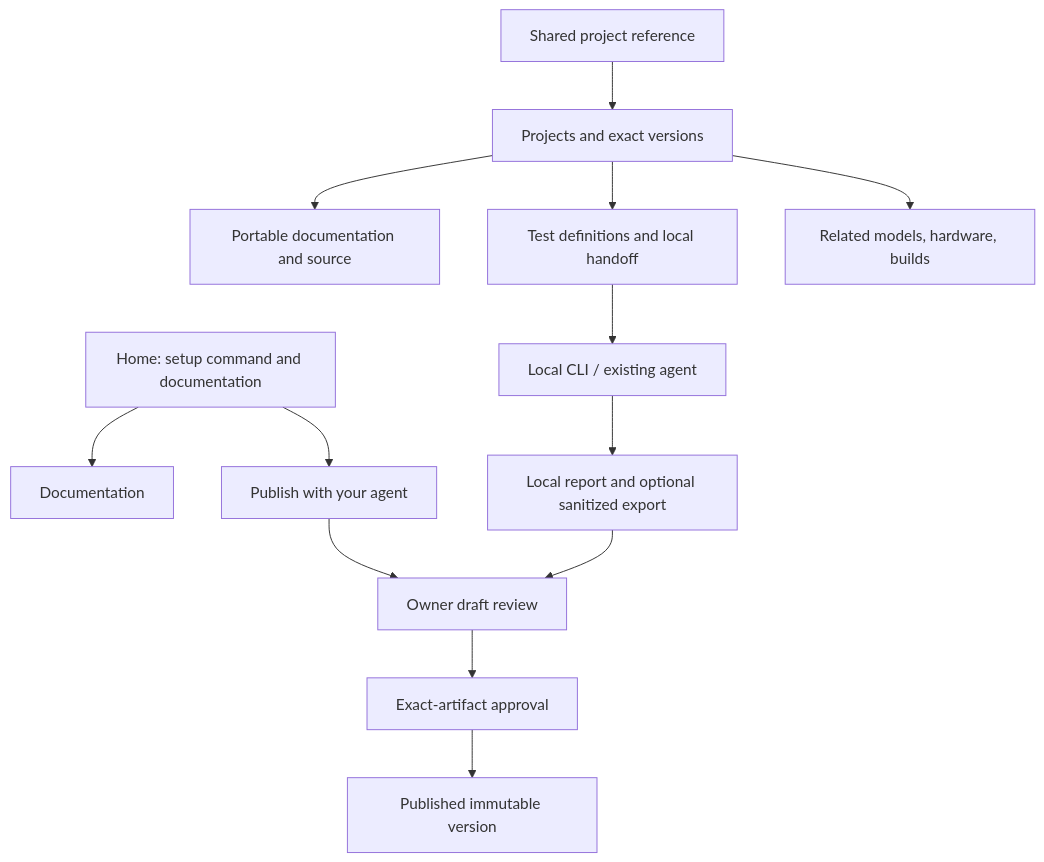
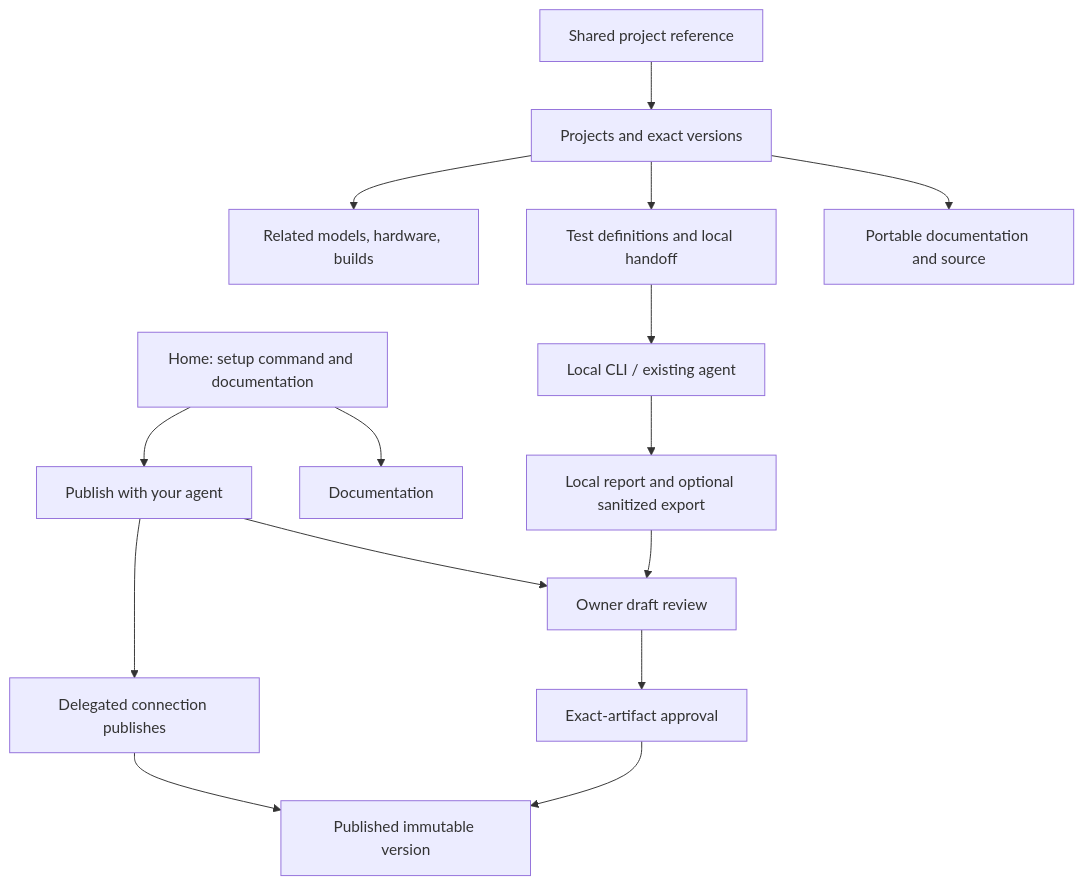
The diagram in docs/product/FRONTEND_PRD.md (localfirstdotsh/localfirst), drawn with Mermaid before and after one commit. The commit also changed other lines of this file and 1 other file, not shown here.

First line of the commit message:
docs(product): specify per-connection publication delegation and retire the terminal approval device

````diff
--- a/docs/product/FRONTEND_PRD.md
+++ b/docs/product/FRONTEND_PRD.md
@@ -117,15 +117,17 @@
 ```mermaid
 flowchart TD
     Home[Home: setup command and documentation] --> Docs[Documentation]
     Shared[Shared project reference] --> Projects[Projects and exact versions]
     Projects --> Spec[Portable documentation and source]
     Projects --> Tests[Test definitions and local handoff]
     Projects --> Related[Related models, hardware, builds]
     Home --> Publish[Publish with your agent]
     Publish --> Draft[Owner draft review]
     Draft --> Approval[Exact-artifact approval]
     Approval --> Published[Published immutable version]
+    Publish --> Delegated[Delegated connection publishes]
+    Delegated --> Published
     Tests --> Runner[Local CLI / existing agent]
     Runner --> LocalReport[Local report and optional sanitized export]
     LocalReport --> Draft
 ```
````
